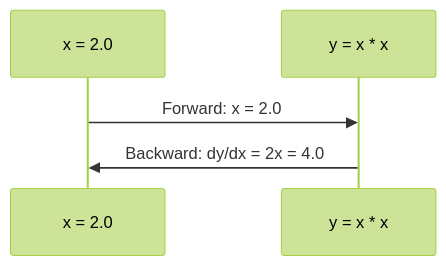
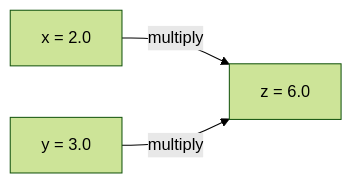
Before and after one commit to evan-wang-13/evan-wang-13.github.io: the second of 3 diagrams in _posts/2024-12-21-MLE.md, drawn with Mermaid (forest theme). The commit also changed other lines of this file, not shown here.

````diff
--- a/_posts/2024-12-21-MLE.md
+++ b/_posts/2024-12-21-MLE.md
@@ -112,8 +138,5 @@
 ```mermaid
-sequenceDiagram
-    participant X as x = 2.0
-    participant Y as y = x * x
-
-    X->>Y: Forward: x = 2.0
-    Y->>X: Backward: dy/dx = 2x = 4.0
+graph LR
+    x[x = 2.0] -->|multiply| z[z = 6.0]
+    y[y = 3.0] -->|multiply| z
 ```
````
